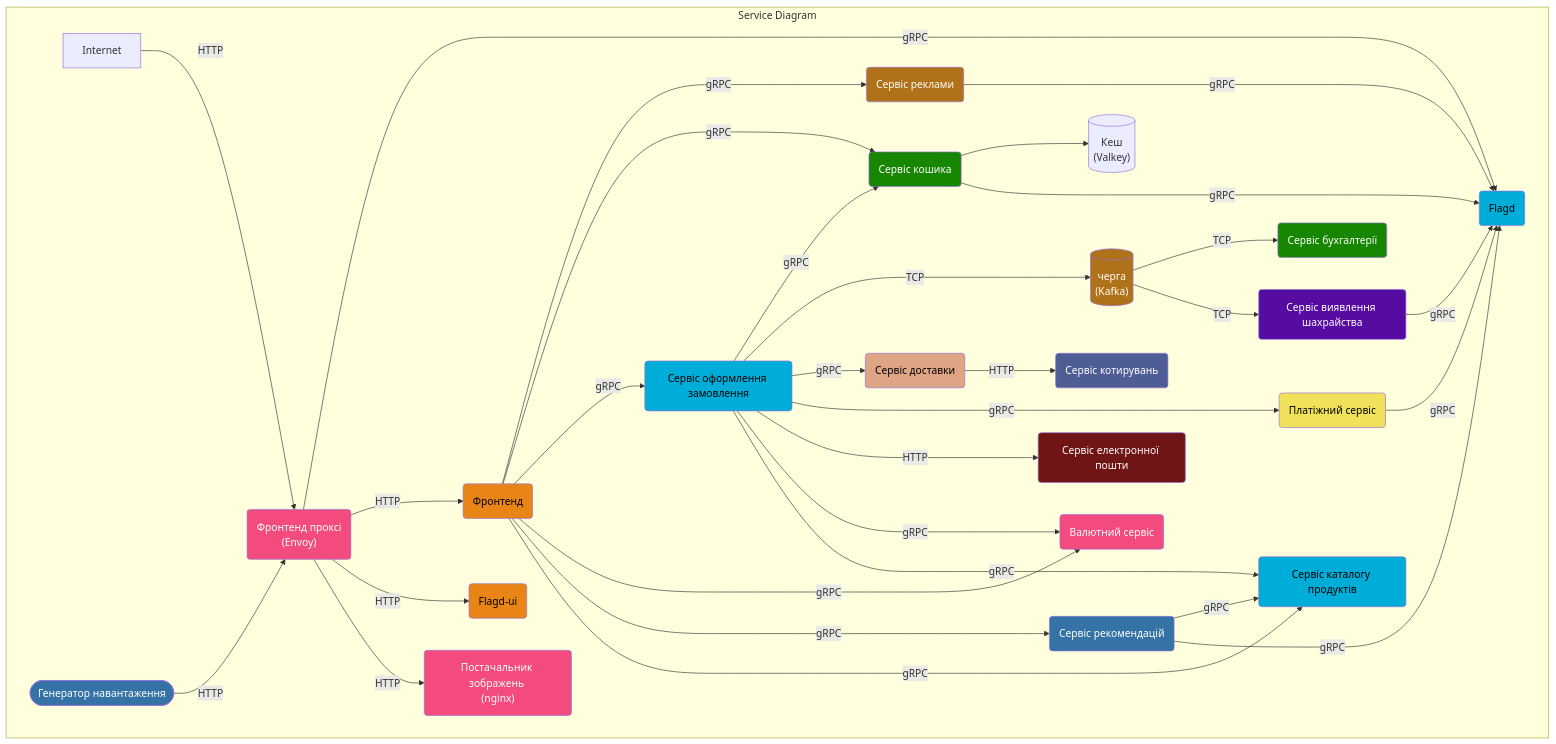
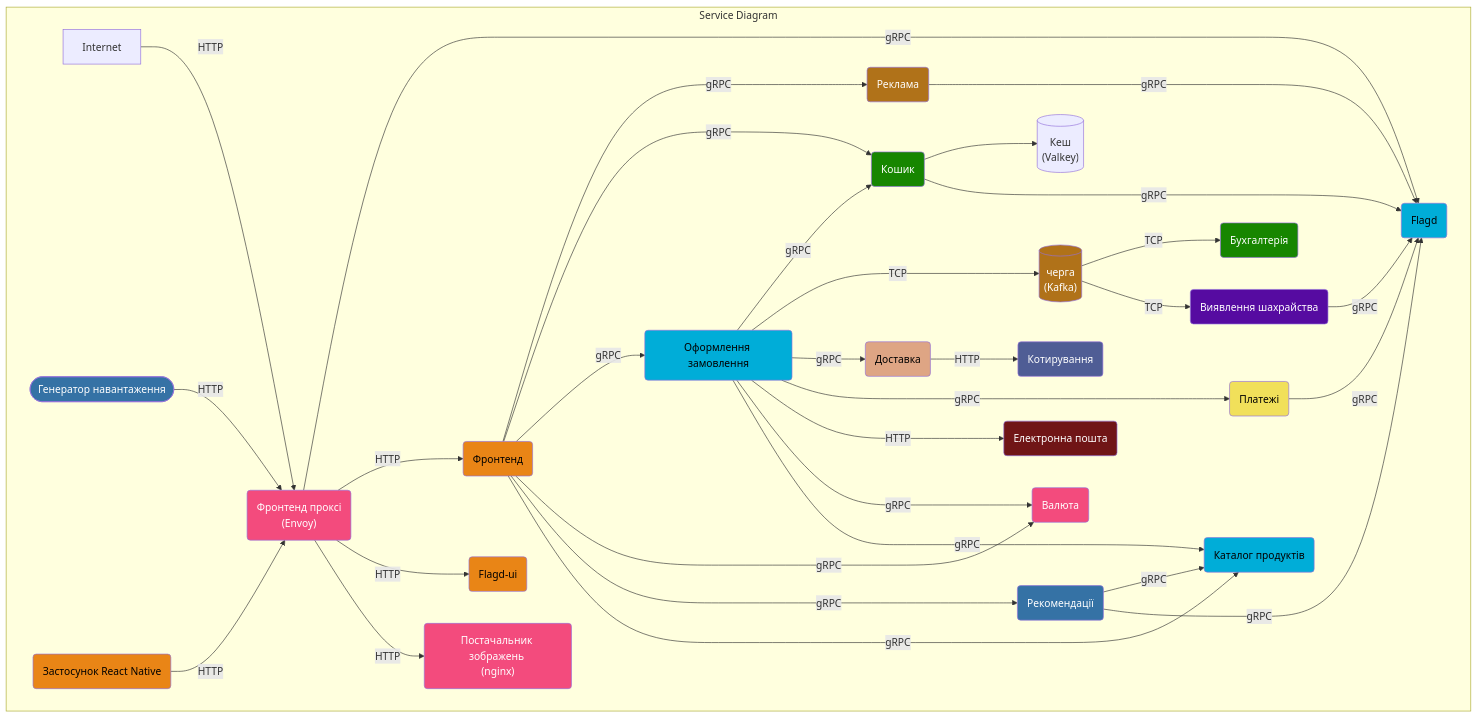
The first of 3 diagrams in content/uk/docs/demo/architecture.md (open-telemetry/opentelemetry.io), drawn with Mermaid before and after one commit. The commit also changed other lines of this file and 191 other files, not shown here.

````diff
--- a/content/uk/docs/demo/architecture.md
+++ b/content/uk/docs/demo/architecture.md
@@ -10,78 +10,82 @@
 ```mermaid
 graph TD
 subgraph Service Diagram
-accountingservice(Cервіс бухгалтерії):::dotnet
-adservice(Сервіс реклами):::java
+accounting(Бухгалтерія):::dotnet
+ad(Реклама):::java
 cache[(Кеш<br/>&#40Valkey&#41)]
-cartservice(Сервіс кошика):::dotnet
-checkoutservice(Сервіс оформлення замовлення):::golang
-currencyservice(Валютний сервіс):::cpp
-emailservice(Сервіс електронної пошти):::ruby
+cart(Кошик):::dotnet
+checkout(Оформлення замовлення):::golang
+currency(Валюта):::cpp
+email(Електронна пошта):::ruby
 flagd(Flagd):::golang
-flagdui(Flagd-ui):::typescript
-frauddetectionservice(Сервіс виявлення шахрайства):::kotlin
+flagd-ui(Flagd-ui):::typescript
+fraud-detection(Виявлення шахрайства):::kotlin
 frontend(Фронтенд):::typescript
-frontendproxy(Фронтенд проксі <br/>&#40Envoy&#41):::cpp
-imageprovider(Постачальник зображень <br/>&#40nginx&#41):::cpp
-loadgenerator([Генератор навантаження]):::python
-paymentservice(Платіжний сервіс):::javascript
-productcatalogservice(Сервіс каталогу продуктів):::golang
-quoteservice(Сервіс котирувань):::php
-recommendationservice(Сервіс рекомендацій):::python
-shippingservice(Сервіс доставки):::rust
+frontend-proxy(Фронтенд проксі <br/>&#40Envoy&#41):::cpp
+image-provider(Постачальник зображень <br/>&#40nginx&#41):::cpp
+load-generator([Генератор навантаження]):::python
+payment(Платежі):::javascript
+product-catalog(Каталог продуктів):::golang
+quote(Котирування):::php
+recommendation(Рекомендації):::python
+shipping(Доставка):::rust
 queue[(черга<br/>&#40Kafka&#41)]:::java
 
-adservice ---->|gRPC| flagd
+react-native-app(Застосунок React Native):::typescript
 
-checkoutservice -->|gRPC| cartservice
-checkoutservice --->|TCP| queue
-cartservice --> cache
-cartservice -->|gRPC| flagd
+ad ---->|gRPC| flagd
 
-checkoutservice -->|gRPC| shippingservice
-checkoutservice -->|gRPC| paymentservice
-checkoutservice --->|HTTP| emailservice
-checkoutservice -->|gRPC| currencyservice
-checkoutservice -->|gRPC| productcatalogservice
+checkout -->|gRPC| cart
+checkout --->|TCP| queue
+cart --> cache
+cart -->|gRPC| flagd
 
-frauddetectionservice -->|gRPC| flagd
+checkout -->|gRPC| shipping
+checkout -->|gRPC| payment
+checkout --->|HTTP| email
+checkout -->|gRPC| currency
+checkout -->|gRPC| product-catalog
 
-frontend -->|gRPC| adservice
-frontend -->|gRPC| cartservice
-frontend -->|gRPC| checkoutservice
-frontend ---->|gRPC| currencyservice
-frontend ---->|gRPC| recommendationservice
-frontend -->|gRPC| productcatalogservice
+fraud-detection -->|gRPC| flagd
 
-frontendproxy -->|gRPC| flagd
-frontendproxy -->|HTTP| frontend
-frontendproxy -->|HTTP| flagdui
-frontendproxy -->|HTTP| imageprovider
+frontend -->|gRPC| ad
+frontend -->|gRPC| cart
+frontend -->|gRPC| checkout
+frontend ---->|gRPC| currency
+frontend ---->|gRPC| recommendation
+frontend -->|gRPC| product-catalog
 
-Internet -->|HTTP| frontendproxy
+frontend-proxy -->|gRPC| flagd
+frontend-proxy -->|HTTP| frontend
+frontend-proxy -->|HTTP| flagd-ui
+frontend-proxy -->|HTTP| image-provider
 
-loadgenerator -->|HTTP| frontendproxy
+Internet -->|HTTP| frontend-proxy
 
-paymentservice -->|gRPC| flagd
+load-generator -->|HTTP| frontend-proxy
 
-queue -->|TCP| accountingservice
-queue -->|TCP| frauddetectionservice
+payment -->|gRPC| flagd
 
-recommendationservice -->|gRPC| productcatalogservice
-recommendationservice -->|gRPC| flagd
+queue -->|TCP| accounting
+queue -->|TCP| fraud-detection
 
-shippingservice -->|HTTP| quoteservice
+recommendation -->|gRPC| product-catalog
+recommendation -->|gRPC| flagd
+
+shipping -->|HTTP| quote
+
+react-native-app -->|HTTP| frontend-proxy
 end
 
 classDef dotnet fill:#178600,color:white;
 classDef cpp fill:#f34b7d,color:white;
 classDef golang fill:#00add8,color:black;
 classDef java fill:#b07219,color:white;
 classDef javascript fill:#f1e05a,color:black;
 classDef kotlin fill:#560ba1,color:white;
 classDef php fill:#4f5d95,color:white;
 classDef python fill:#3572A5,color:white;
 classDef ruby fill:#701516,color:white;
 classDef rust fill:#dea584,color:black;
 classDef typescript fill:#e98516,color:black;
 ```
````
